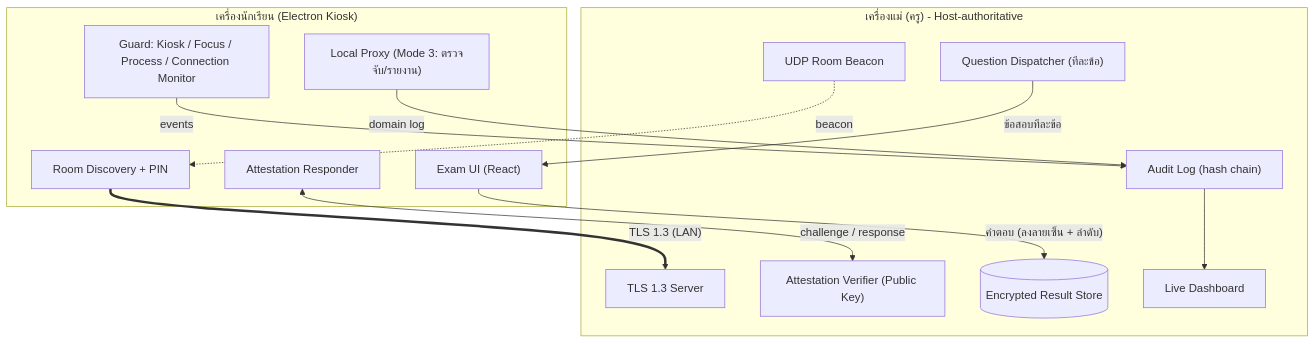
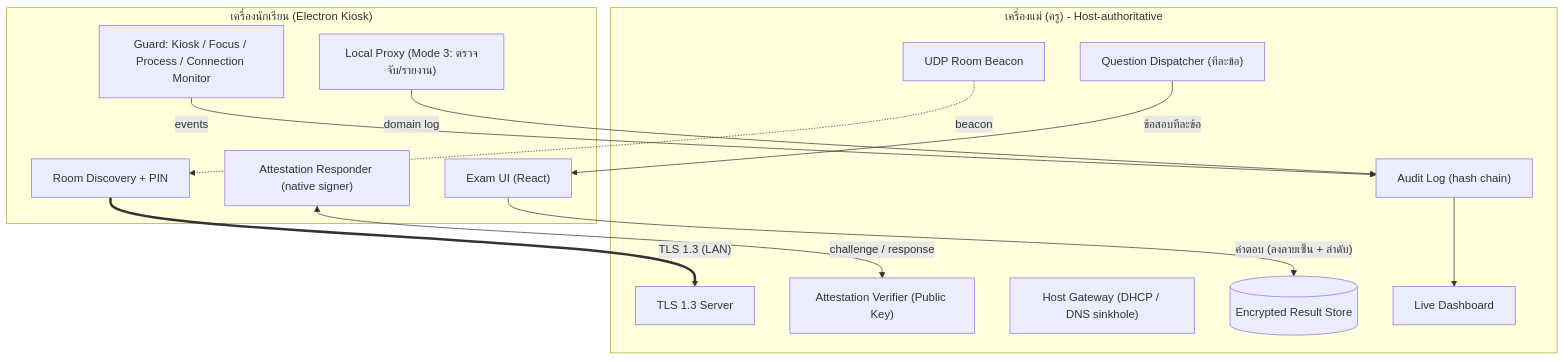
Before and after one commit to korarit/lan-exam-system: the first of 2 diagrams in ai-docs-dev/project-arc.md, drawn with Mermaid. The commit also changed other lines of this file and 36 other files, not shown here.

First line of the commit message:
feat(security): native attestation signer and closed-mode host gateway

````diff
--- a/ai-docs-dev/project-arc.md
+++ b/ai-docs-dev/project-arc.md
@@ -22,29 +22,30 @@
 ```mermaid
 flowchart TB
     subgraph Host["เครื่องแม่ (ครู) - Host-authoritative"]
         H_UDP["UDP Room Beacon"]
         H_TLS["TLS 1.3 Server"]
         H_Q["Question Dispatcher (ทีละข้อ)"]
         H_ATT["Attestation Verifier (Public Key)"]
+        H_GW["Host Gateway (DHCP / DNS sinkhole)"]
         H_LOG["Audit Log (hash chain)"]
         H_DB[("Encrypted Result Store")]
         H_DASH["Live Dashboard"]
     end
 
     subgraph Client["เครื่องนักเรียน (Electron Kiosk)"]
         C_DISC["Room Discovery + PIN"]
         C_EXAM["Exam UI (React)"]
         C_GUARD["Guard: Kiosk / Focus / Process / Connection Monitor"]
         C_PROXY["Local Proxy (Mode 3: ตรวจจับ/รายงาน)"]
-        C_ATT["Attestation Responder"]
+        C_ATT["Attestation Responder (native signer)"]
     end
 
     H_UDP -. beacon .-> C_DISC
     C_DISC == "TLS 1.3 (LAN)" ==> H_TLS
     C_ATT <-- "challenge / response" --> H_ATT
     H_Q -- "ข้อสอบทีละข้อ" --> C_EXAM
     C_EXAM -- "คำตอบ (ลงลายเซ็น + ลำดับ)" --> H_DB
     C_GUARD -- "events" --> H_LOG
     C_PROXY -- "domain log" --> H_LOG
     H_LOG --> H_DASH
 ```
````
